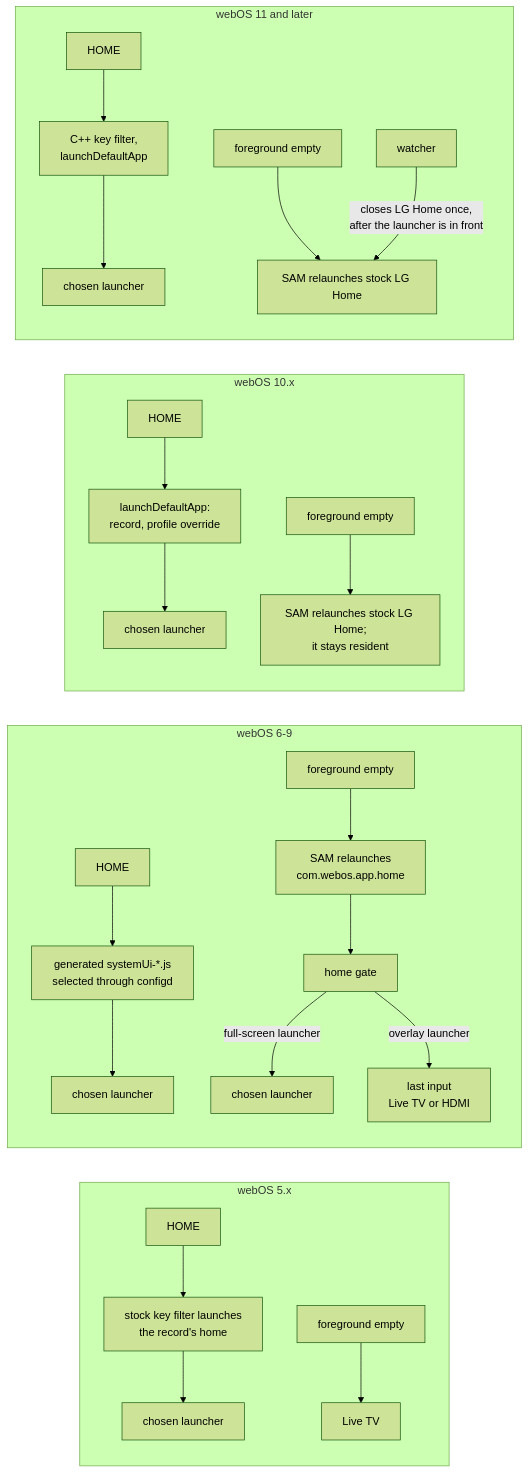
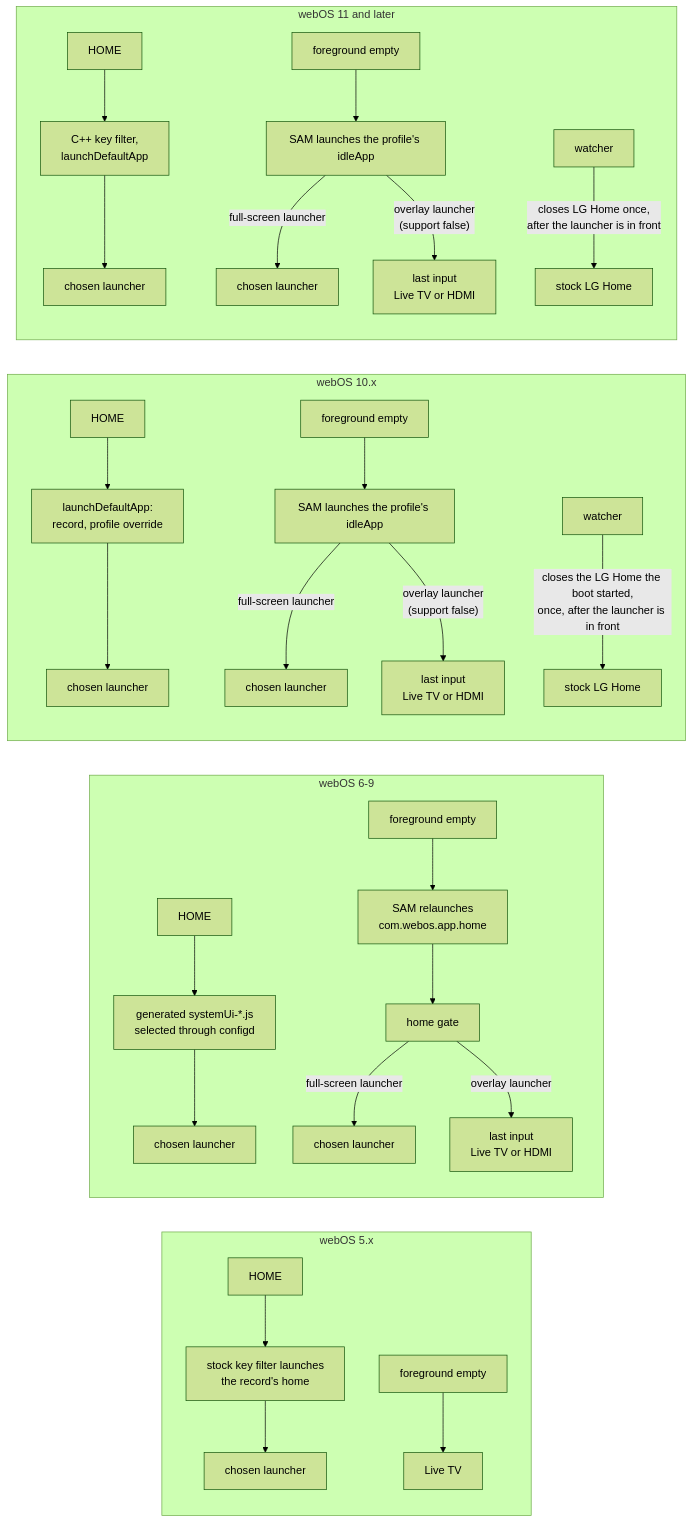
The second of 5 diagrams in docs/architecture.md (webosbrew/home-chooser), drawn with Mermaid (forest theme) before and after one commit. The commit also changed other lines of this file and 5 other files, not shown here.

Commit message:
docs: idleApp override and the LG Home close on webOS 10

````diff
--- a/docs/architecture.md
+++ b/docs/architecture.md
@@ -89,22 +89,27 @@
 ```mermaid
 flowchart LR
     subgraph w5["webOS 5.x"]
         k5["HOME"] --> f5["stock key filter launches<br/>the record's home"] --> l5["chosen launcher"]
         i5["foreground empty"] --> s5["Live TV"]
     end
     subgraph w69["webOS 6-9"]
         k69["HOME"] --> f69["generated systemUi-*.js<br/>selected through configd"] --> l69["chosen launcher"]
         i69["foreground empty"] --> s69["SAM relaunches<br/>com.webos.app.home"] --> g69["home gate"]
         g69 -- "full-screen launcher" --> l69b["chosen launcher"]
         g69 -- "overlay launcher" --> t69["last input<br/>Live TV or HDMI"]
     end
     subgraph w10["webOS 10.x"]
         k10["HOME"] --> f10["launchDefaultApp:<br/>record, profile override"] --> l10["chosen launcher"]
-        i10["foreground empty"] --> s10["SAM relaunches stock LG Home;<br/>it stays resident"]
+        i10["foreground empty"] --> s10["SAM launches the profile's idleApp"]
+        s10 -- "full-screen launcher" --> l10b["chosen launcher"]
+        s10 -- "overlay launcher<br/>(support false)" --> t10["last input<br/>Live TV or HDMI"]
+        w10c["watcher"] -- "closes the LG Home the boot started,<br/>once, after the launcher is in front" --> h10["stock LG Home"]
     end
     subgraph w11["webOS 11 and later"]
         k11["HOME"] --> f11["C++ key filter,<br/>launchDefaultApp"] --> l11["chosen launcher"]
-        i11["foreground empty"] --> s11["SAM relaunches stock LG Home"]
-        w11c["watcher"] -- "closes LG Home once,<br/>after the launcher is in front" --> s11
+        i11["foreground empty"] --> s11["SAM launches the profile's idleApp"]
+        s11 -- "full-screen launcher" --> l11b["chosen launcher"]
+        s11 -- "overlay launcher<br/>(support false)" --> t11["last input<br/>Live TV or HDMI"]
+        w11c["watcher"] -- "closes LG Home once,<br/>after the launcher is in front" --> h11["stock LG Home"]
     end
 ```
````
